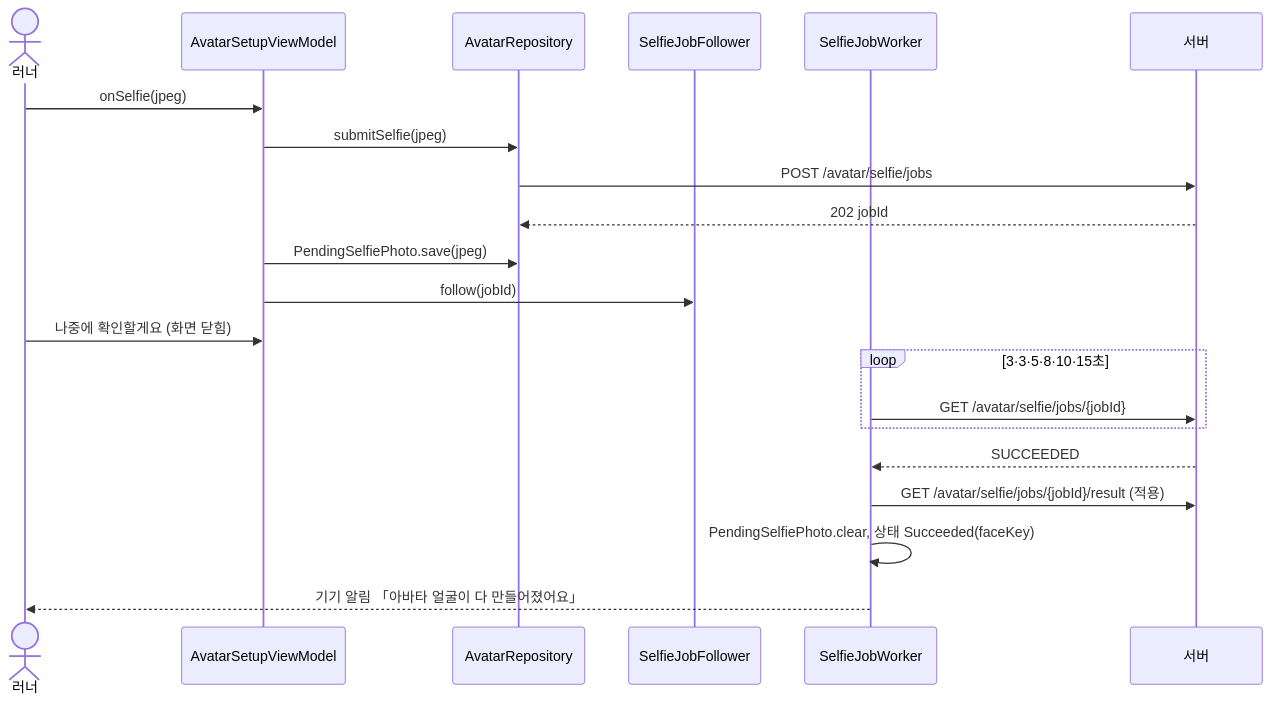
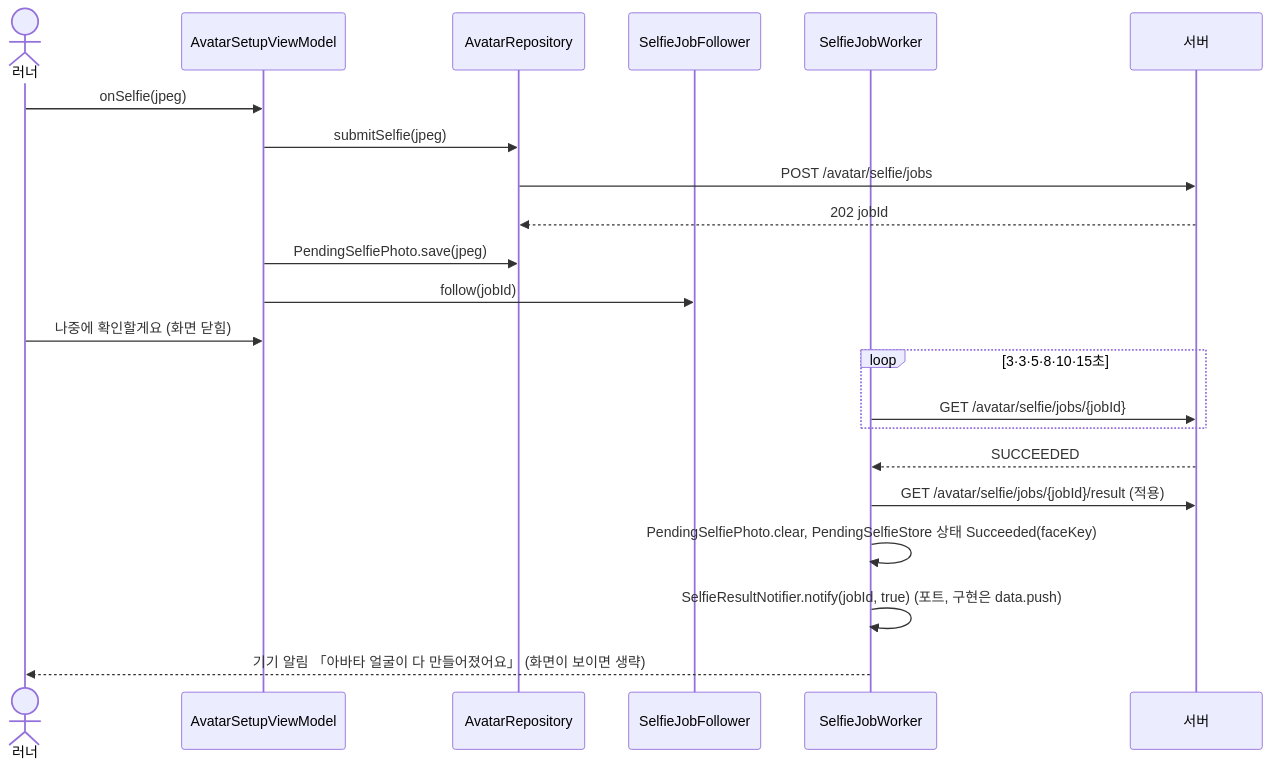
One commit to SeoooooNyeong/RunKK changed the third of 3 diagrams in docs/sw/design-oo/05-30-설계-아바타요구-성.md. Above: the diagram before and after it, drawn with Mermaid. The commit also changed other lines of this file and 3 other files, not shown here.

````diff
--- a/docs/sw/design-oo/05-30-설계-아바타요구-성.md
+++ b/docs/sw/design-oo/05-30-설계-아바타요구-성.md
@@ -306,23 +340,24 @@
 ```mermaid
 sequenceDiagram
     actor R as 러너
     participant VM as AvatarSetupViewModel
     participant Repo as AvatarRepository
     participant F as SelfieJobFollower
     participant W as SelfieJobWorker
     participant S as 서버
     R->>VM: onSelfie(jpeg)
     VM->>Repo: submitSelfie(jpeg)
     Repo->>S: POST /avatar/selfie/jobs
     S-->>Repo: 202 jobId
     VM->>Repo: PendingSelfiePhoto.save(jpeg)
     VM->>F: follow(jobId)
     R->>VM: 나중에 확인할게요 (화면 닫힘)
     loop 3·3·5·8·10·15초
         W->>S: GET /avatar/selfie/jobs/{jobId}
     end
     S-->>W: SUCCEEDED
     W->>S: GET /avatar/selfie/jobs/{jobId}/result (적용)
-    W->>W: PendingSelfiePhoto.clear, 상태 Succeeded(faceKey)
-    W-->>R: 기기 알림 「아바타 얼굴이 다 만들어졌어요」
+    W->>W: PendingSelfiePhoto.clear, PendingSelfieStore 상태 Succeeded(faceKey)
+    W->>W: SelfieResultNotifier.notify(jobId, true) (포트, 구현은 data.push)
+    W-->>R: 기기 알림 「아바타 얼굴이 다 만들어졌어요」 (화면이 보이면 생략)
 ```
````
